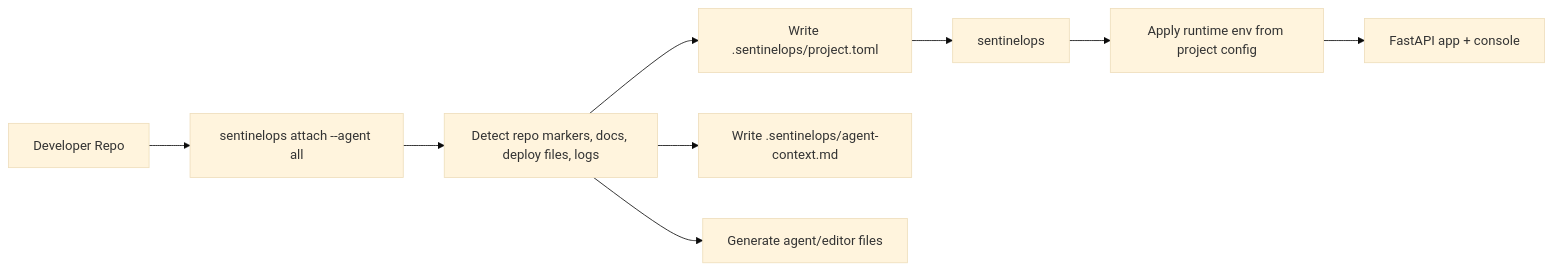
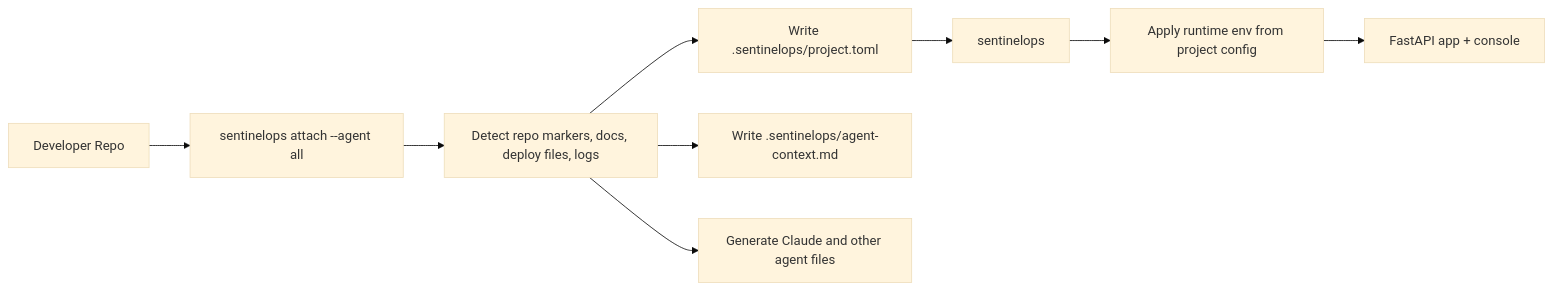
Before and after one commit to saikumar1767/Sentinel-Ops: the third of 5 diagrams in README.md, drawn with Mermaid (base theme). The commit also changed other lines of this file and 39 other files, not shown here.

````diff
--- a/README.md
+++ b/README.md
@@ -196,11 +222,11 @@
 ```mermaid
 flowchart LR
     Repo["Developer Repo"] --> Attach["sentinelops attach --agent all"]
     Attach --> Detect["Detect repo markers, docs, deploy files, logs"]
     Detect --> Manifest["Write .sentinelops/project.toml"]
     Detect --> Context["Write .sentinelops/agent-context.md"]
-    Detect --> Integrations["Generate agent/editor files"]
+    Detect --> Integrations["Generate Claude and other agent files"]
     Manifest --> Start["sentinelops"]
     Start --> Runtime["Apply runtime env from project config"]
     Runtime --> API["FastAPI app + console"]
 ```
````
